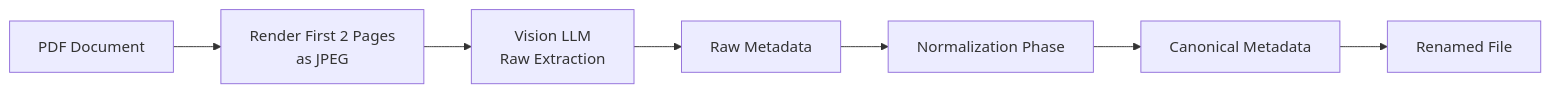
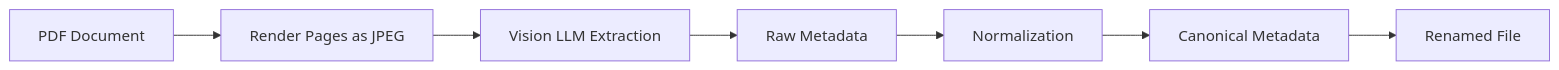
One commit to tsilva/documentor changed the diagram in README.md. Above: the diagram before and after it, drawn with Mermaid. The commit also changed other lines of this file, not shown here.

````diff
--- a/README.md
+++ b/README.md
@@ -184,9 +153,9 @@
 ```mermaid
 graph LR
-    A[PDF Document] --> B[Render First 2 Pages<br/>as JPEG]
-    B --> C[Vision LLM<br/>Raw Extraction]
+    A[PDF Document] --> B[Render Pages as JPEG]
+    B --> C[Vision LLM Extraction]
     C --> D[Raw Metadata]
-    D --> E[Normalization Phase]
+    D --> E[Normalization]
     E --> F[Canonical Metadata]
     F --> G[Renamed File]
 ```
````
